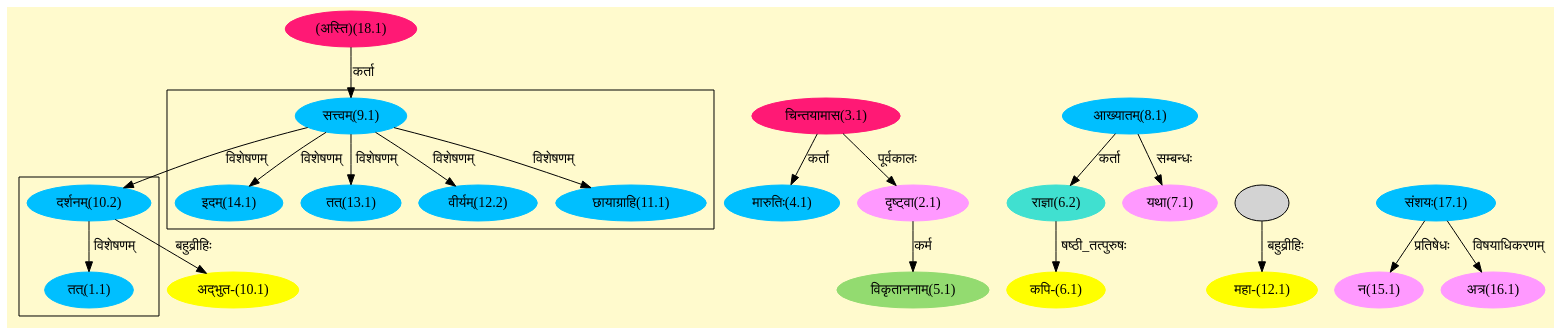
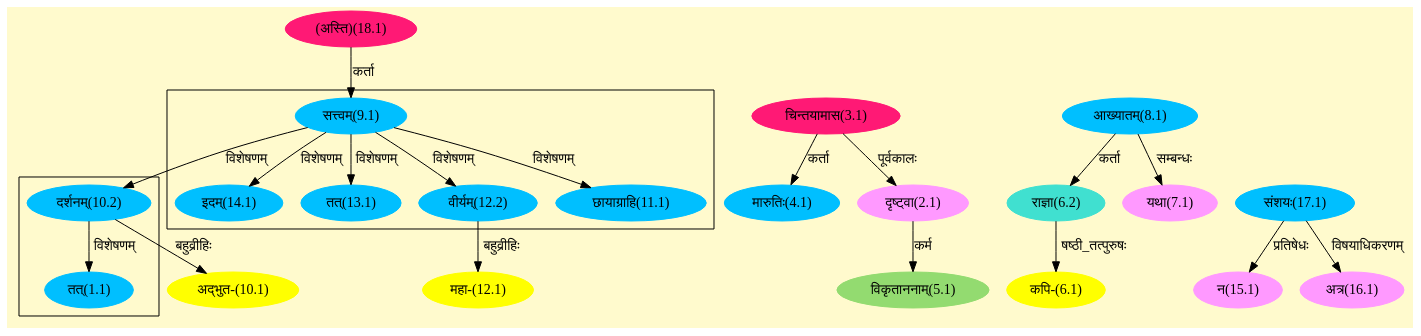
Before and after one commit to amarranjan1/skd.github.io: the diagram in assets/graphs/01_178.2-179_1.dot, drawn with Graphviz. The commit also changed 258 other files, not shown here.

```diff
--- a/assets/graphs/01_178.2-179_1.dot
+++ b/assets/graphs/01_178.2-179_1.dot
@@ -1,58 +1,58 @@
 digraph G{
 rankdir=BT;
  compound=true;
  bgcolor="lemonchiffon1";
 
 subgraph cluster_1{
 Node1_1 [style=filled, color="#00BFFF" label = "तत्(1.1)"]
 Node10_2 [style=filled, color="#00BFFF" label = "दर्शनम्(10.2)"]
 
 }
 
 subgraph cluster_2{
 Node10_2 [style=filled, color="#00BFFF" label = "दर्शनम्(10.2)"]
 Node9_1 [style=filled, color="#00BFFF" label = "सत्त्वम्(9.1)"]
 Node11_1 [style=filled, color="#00BFFF" label = "छायाग्राहि(11.1)"]
 Node12_2 [style=filled, color="#00BFFF" label = "वीर्यम्(12.2)"]
 Node13_1 [style=filled, color="#00BFFF" label = "तत्(13.1)"]
 Node14_1 [style=filled, color="#00BFFF" label = "इदम्(14.1)"]
 
 }
 Node2_1 [style=filled, color="#FF99FF" label = "दृष्ट्वा(2.1)"]
 Node3_1 [style=filled, color="#FF1975" label = "चिन्तयामास(3.1)"]
 Node [style=filled, color="" label = "()"]
 Node4_1 [style=filled, color="#00BFFF" label = "मारुतिः(4.1)"]
 Node5_1 [style=filled, color="#93DB70" label = "विकृताननाम्(5.1)"]
 Node6_1 [style=filled, color="#FFFF00" label = "कपि-(6.1)"]
 Node6_2 [style=filled, color="#40E0D0" label = "राज्ञा(6.2)"]
 Node8_1 [style=filled, color="#00BFFF" label = "आख्यातम्(8.1)"]
 Node7_1 [style=filled, color="#FF99FF" label = "यथा(7.1)"]
 Node9_1 [style=filled, color="#00BFFF" label = "सत्त्वम्(9.1)"]
 Node18_1 [style=filled, color="#FF1975" label = "(अस्ति)(18.1)"]
 Node10_1 [style=filled, color="#FFFF00" label = "अद्भुत-(10.1)"]
 Node10_2 [style=filled, color="#00BFFF" label = "दर्शनम्(10.2)"]
 Node12_1 [style=filled, color="#FFFF00" label = "महा-(12.1)"]
-Node13_2 [style=filled, color="" label = ""]
+Node12_2 [style=filled, color="#00BFFF" label = "वीर्यम्(12.2)"]
 Node15_1 [style=filled, color="#FF99FF" label = "न(15.1)"]
 Node17_1 [style=filled, color="#00BFFF" label = "संशयः(17.1)"]
 Node16_1 [style=filled, color="#FF99FF" label = "अत्र(16.1)"]
 /* Start of Relations section */
 
 Node1_1 -> Node10_2 [  label="विशेषणम्"  dir="back" ]
 Node2_1 -> Node3_1 [  label="पूर्वकालः"  dir="back" ]
 Node4_1 -> Node3_1 [  label="कर्ता"  dir="back" ]
 Node5_1 -> Node2_1 [  label="कर्म"  dir="back" ]
 Node6_1 -> Node6_2 [  label="षष्ठी_तत्पुरुषः"  dir="back" ]
 Node6_2 -> Node8_1 [  label="कर्ता"  dir="back" ]
 Node7_1 -> Node8_1 [  label="सम्बन्धः"  dir="back" ]
 Node9_1 -> Node18_1 [  label="कर्ता"  dir="back" ]
 Node10_1 -> Node10_2 [  label="बहुव्रीहिः"  dir="back" ]
 Node10_2 -> Node9_1 [  label="विशेषणम्"  dir="back" ]
 Node11_1 -> Node9_1 [  label="विशेषणम्"  dir="back" ]
-Node12_1 -> Node13_2 [  label="बहुव्रीहिः"  dir="back" ]
+Node12_1 -> Node12_2 [  label="बहुव्रीहिः"  dir="back" ]
 Node12_2 -> Node9_1 [  label="विशेषणम्"  dir="back" ]
 Node13_1 -> Node9_1 [  label="विशेषणम्"  dir="back" ]
 Node14_1 -> Node9_1 [  label="विशेषणम्"  dir="back" ]
 Node15_1 -> Node17_1 [  label="प्रतिषेधः"  dir="back" ]
 Node16_1 -> Node17_1 [  label="विषयाधिकरणम्"  dir="back" ]
 }
```
